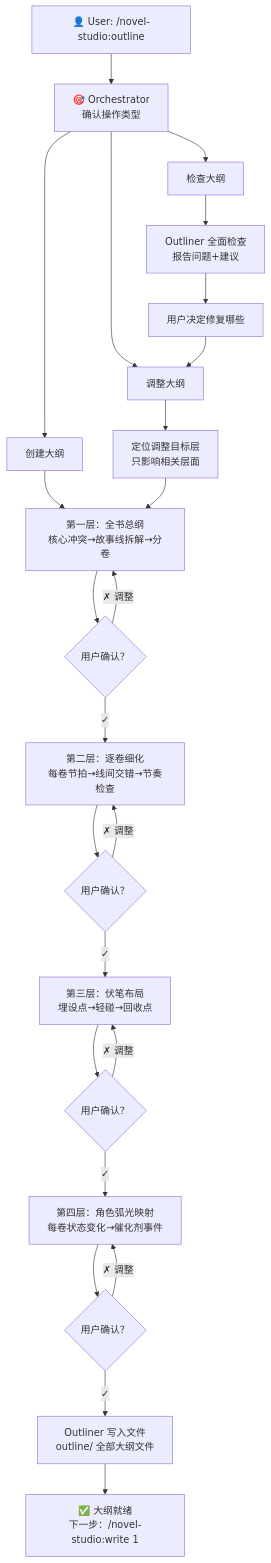
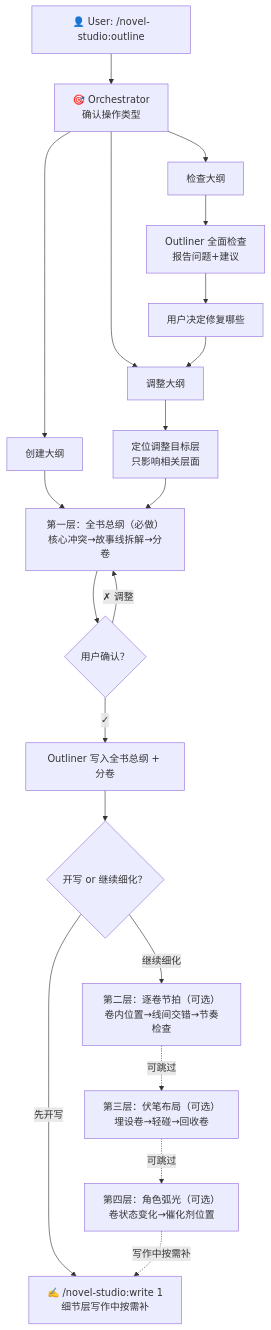
One commit to deathwhispers/novel-studio changed the diagram in workflows/outline.md. Above: the diagram before and after it, drawn with Mermaid. The commit also changed other lines of this file and 4 other files, not shown here.

````diff
--- a/workflows/outline.md
+++ b/workflows/outline.md
@@ -11,43 +11,34 @@
 ```mermaid
 flowchart TD
     User["👤 User: /novel-studio:outline"]
     Orchestrator["🎯 Orchestrator<br/>确认操作类型"]
 
     User --> Orchestrator
 
     Orchestrator --> Create["创建大纲"]
     Orchestrator --> Adjust["调整大纲"]
     Orchestrator --> Check["检查大纲"]
 
-    Create --> Layer1["第一层：全书总纲<br/>核心冲突→故事线拆解→分卷"]
+    Create --> Layer1["第一层：全书总纲（必做）<br/>核心冲突→故事线拆解→分卷"]
     Layer1 --> Confirm1{"用户确认？"}
     Confirm1 -->|"✗ 调整"| Layer1
-    Confirm1 -->|"✓"| Layer2
+    Confirm1 -->|"✓"| WriteCore["Outliner 写入全书总纲 + 分卷"]
 
-    Layer2["第二层：逐卷细化<br/>每卷节拍→线间交错→节奏检查"]
-    Layer2 --> Confirm2{"用户确认？"}
-    Confirm2 -->|"✗ 调整"| Layer2
-    Confirm2 -->|"✓"| Layer3
+    WriteCore --> Branch{"开写 or 继续细化？"}
+    Branch -->|"先开写"| Write["✍️ /novel-studio:write 1<br/>细节层写作中按需补"]
+    Branch -->|"继续细化"| Layer2
 
-    Layer3["第三层：伏笔布局<br/>埋设点→轻碰→回收点"]
-    Layer3 --> Confirm3{"用户确认？"}
-    Confirm3 -->|"✗ 调整"| Layer3
-    Confirm3 -->|"✓"| Layer4
-
-    Layer4["第四层：角色弧光映射<br/>每卷状态变化→催化剂事件"]
-    Layer4 --> Confirm4{"用户确认？"}
-    Confirm4 -->|"✗ 调整"| Layer4
-    Confirm4 -->|"✓"| Generate
+    Layer2["第二层：逐卷节拍（可选）<br/>卷内位置→线间交错→节奏检查"]
+    Layer2 -.->|"可跳过"| Layer3
+    Layer3["第三层：伏笔布局（可选）<br/>埋设卷→轻碰→回收卷"]
+    Layer3 -.->|"可跳过"| Layer4
+    Layer4["第四层：角色弧光（可选）<br/>卷状态变化→催化剂位置"]
+    Layer4 -.->|"写作中按需补"| Write
 
     Adjust --> TargetLayer["定位调整目标层<br/>只影响相关层面"]
     TargetLayer --> Layer1
 
     Check --> OutlinerCheck["Outliner 全面检查<br/>报告问题+建议"]
     OutlinerCheck --> UserDecision["用户决定修复哪些"]
     UserDecision --> Adjust
-
-    Generate["Outliner 写入文件<br/>outline/ 全部大纲文件"]
-    Done["✅ 大纲就绪<br/>下一步：/novel-studio:write 1"]
-
-    Generate --> Done
 ```
````
